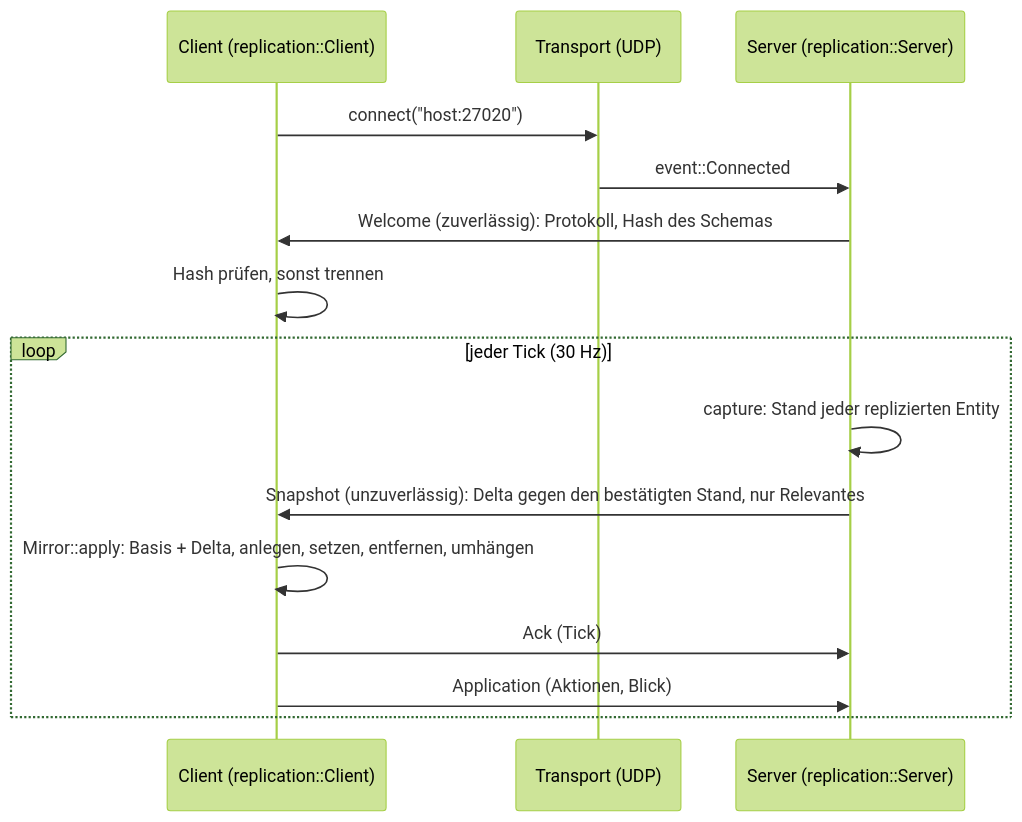
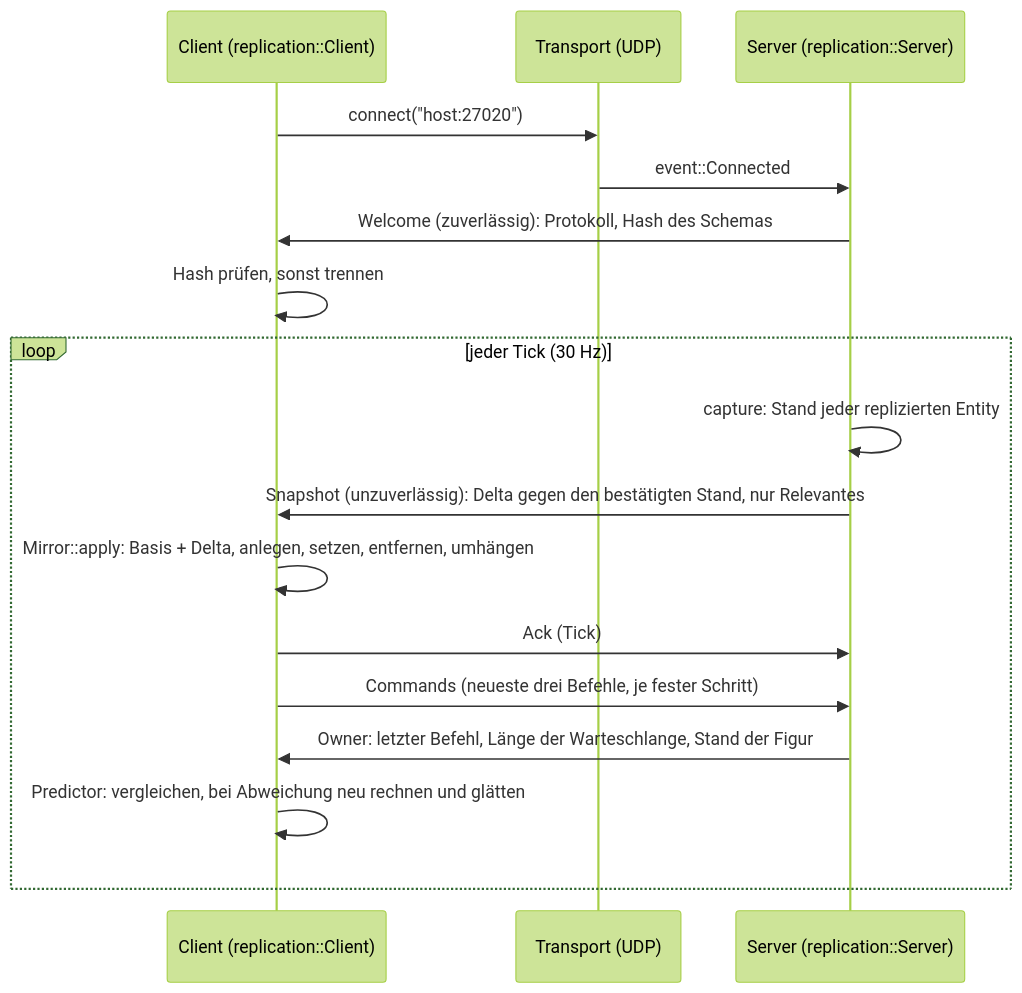
Diagram 20 of 21 in docs/architecture.md (viiez/ngine), drawn with Mermaid (forest theme) before and after one commit. The commit also changed other lines of this file and 2 other files, not shown here.

First line of the commit message:
R5.3: ADR 0053 und Architektur zur Vorhersage

````diff
--- a/docs/architecture.md
+++ b/docs/architecture.md
@@ -793,17 +793,19 @@
 ```mermaid
 sequenceDiagram
     participant C as Client (replication::Client)
     participant T as Transport (UDP)
     participant S as Server (replication::Server)
     C->>T: connect("host:27020")
     T->>S: event::Connected
     S->>C: Welcome (zuverlässig): Protokoll, Hash des Schemas
     C->>C: Hash prüfen, sonst trennen
     loop jeder Tick (30 Hz)
         S->>S: capture: Stand jeder replizierten Entity
         S->>C: Snapshot (unzuverlässig): Delta gegen den bestätigten Stand, nur Relevantes
         C->>C: Mirror::apply: Basis + Delta, anlegen, setzen, entfernen, umhängen
         C->>S: Ack (Tick)
-        C->>S: Application (Aktionen, Blick)
+        C->>S: Commands (neueste drei Befehle, je fester Schritt)
+        S->>C: Owner: letzter Befehl, Länge der Warteschlange, Stand der Figur
+        C->>C: Predictor: vergleichen, bei Abweichung neu rechnen und glätten
     end
 ```
````
